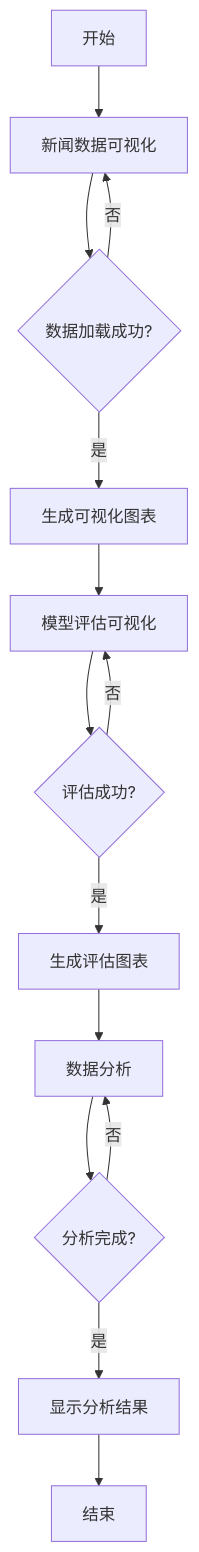
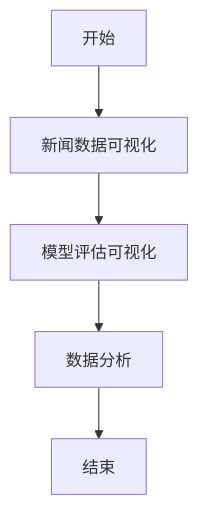
One commit to zizairufeng/iodraw-files changed the diagram in all/未命名.md. Above: the diagram before and after it, drawn with Mermaid.

Commit message:
2025-03-23 17:58:38 update

````diff
--- a/all/未命名.md
+++ b/all/未命名.md
@@ -1,16 +1,7 @@
 ```mermaid
 graph TD
     Start[开始] --> A[新闻数据可视化]
-    A --> B{数据加载成功?}
-    B -->|是| C[生成可视化图表]
-    B -->|否| A
-    C --> D[模型评估可视化]
-    D --> E{评估成功?}
-    E -->|是| F[生成评估图表]
-    E -->|否| D
-    F --> G[数据分析]
-    G --> H{分析完成?}
-    H -->|是| I[显示分析结果]
-    H -->|否| G
-    I --> End[结束]
+    A --> B[模型评估可视化]
+    B --> C[数据分析]
+    C --> End[结束]
 ```
````
